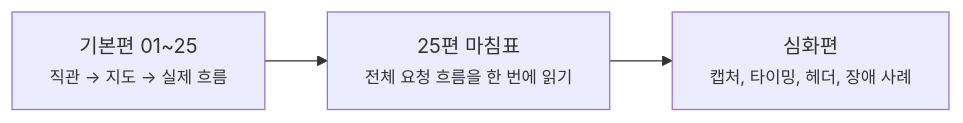
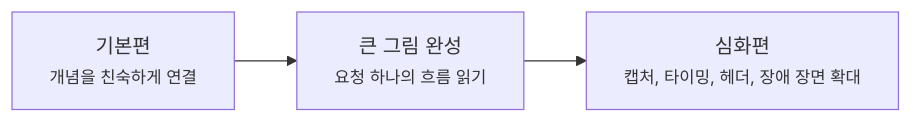
Before and after one commit to kmj8843/blog: the diagram in docs/Network/index.md, drawn with Mermaid. The commit also changed other lines of this file and 3 other files, not shown here.

````diff
--- a/docs/Network/index.md
+++ b/docs/Network/index.md
@@ -56,8 +61,8 @@
 ```mermaid
 flowchart LR
-    A[기본편 01~25<br/><small>직관 → 지도 → 실제 흐름</small>]
-    B[25편 마침표<br/><small>전체 요청 흐름을 한 번에 읽기</small>]
-    C[심화편<br/><small>캡처, 타이밍, 헤더, 장애 사례</small>]
+    A[기본편<br/><small>개념을 친숙하게 연결</small>]
+    B[큰 그림 완성<br/><small>요청 하나의 흐름 읽기</small>]
+    C[심화편<br/><small>캡처, 타이밍, 헤더, 장애 장면 확대</small>]
 
     A --> B --> C
 ```
````
